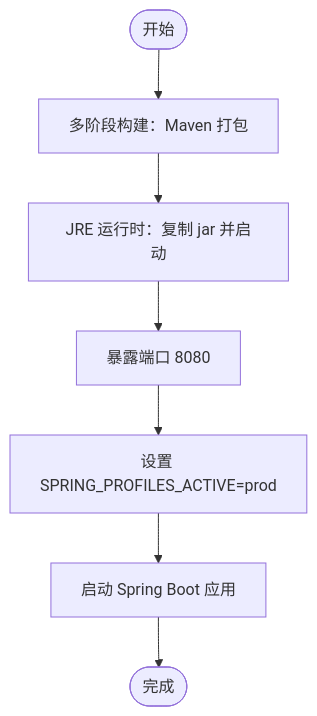
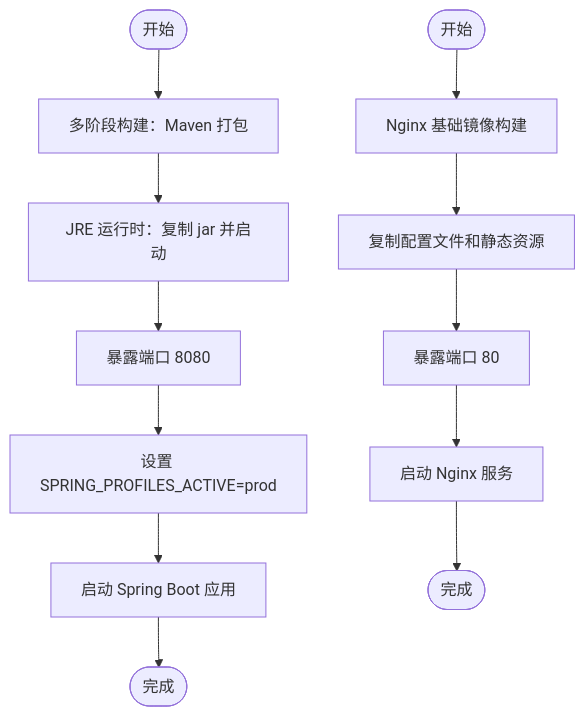
One commit to junjiechen66/newWorld changed the fourth of 9 diagrams in .qoder/repowiki/zh/content/系统架构/部署架构.md. Above: the diagram before and after it, drawn with Mermaid. The commit also changed other lines of this file and 5 other files, not shown here.

````diff
--- a/.qoder/repowiki/zh/content/系统架构/部署架构.md
+++ b/.qoder/repowiki/zh/content/系统架构/部署架构.md
@@ -123,9 +203,14 @@
 ```mermaid
 flowchart TD
 Start(["开始"]) --> BuildStage["多阶段构建：Maven 打包"]
 BuildStage --> RuntimeStage["JRE 运行时：复制 jar 并启动"]
 RuntimeStage --> ExposePort["暴露端口 8080"]
 ExposePort --> EnvActive["设置 SPRING_PROFILES_ACTIVE=prod"]
 EnvActive --> RunApp["启动 Spring Boot 应用"]
 RunApp --> End(["完成"])
+Start2(["开始"]) --> NginxBuild["Nginx 基础镜像构建"]
+NginxBuild --> CopyFiles["复制配置文件和静态资源"]
+CopyFiles --> ExposePort2["暴露端口 80"]
+ExposePort2 --> RunNginx["启动 Nginx 服务"]
+RunNginx --> End2(["完成"])
 ```
````
